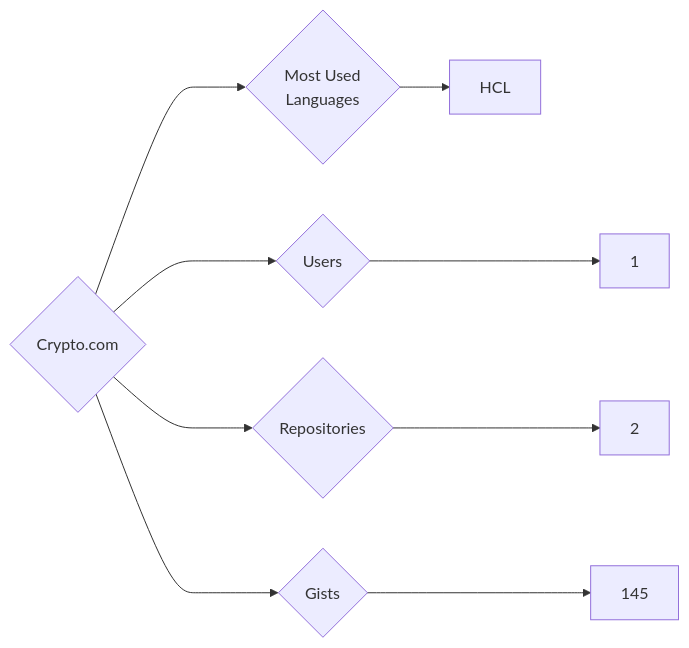
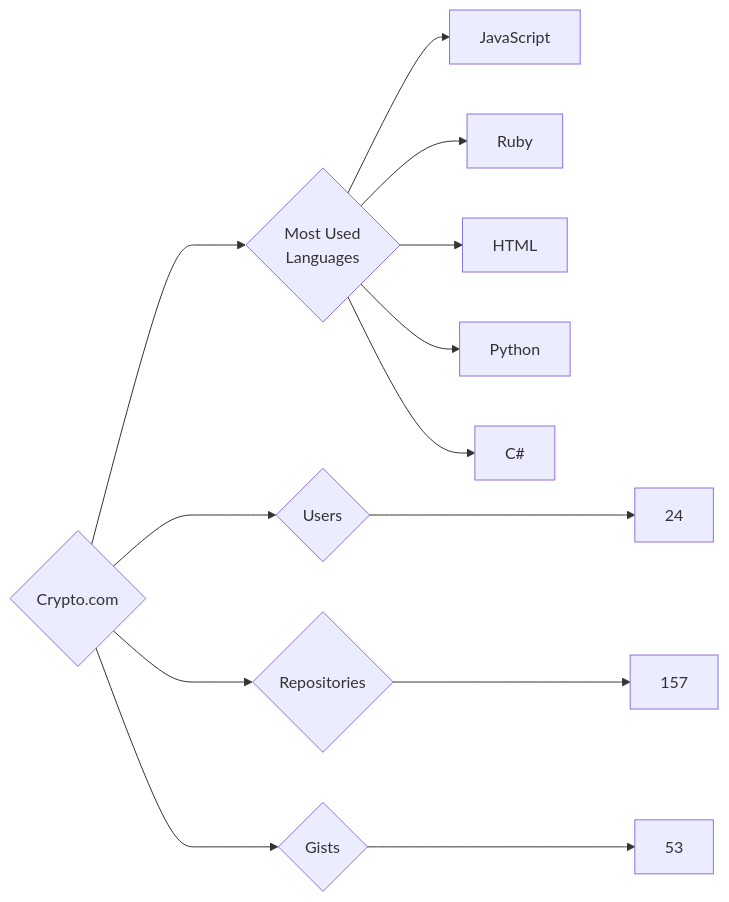
Before and after one commit to trickest/insiders: the diagram in targets/Crypto.com/README.md, drawn with Mermaid. The commit also changed 944 other files, not shown here.

````diff
--- a/targets/Crypto.com/README.md
+++ b/targets/Crypto.com/README.md
@@ -3,9 +3,13 @@
 ```mermaid
 graph LR
 COMPANY_NAME{Crypto.com}
-COMPANY_NAME ---> U{Users} ---> UN[1]
-COMPANY_NAME ---> R{Repositories} ---> RN[2]
-COMPANY_NAME ---> G{Gists} ---> GN[145]
+COMPANY_NAME ---> U{Users} ---> UN[24]
+COMPANY_NAME ---> R{Repositories} ---> RN[157]
+COMPANY_NAME ---> G{Gists} ---> GN[53]
 COMPANY_NAME ---> ML{Most Used<br>Languages}
-ML --> HCL[HCL]
+ML --> JavaScript[JavaScript]
+ML --> Ruby[Ruby]
+ML --> HTML[HTML]
+ML --> Python[Python]
+ML --> C#[C#]
 ```
````
